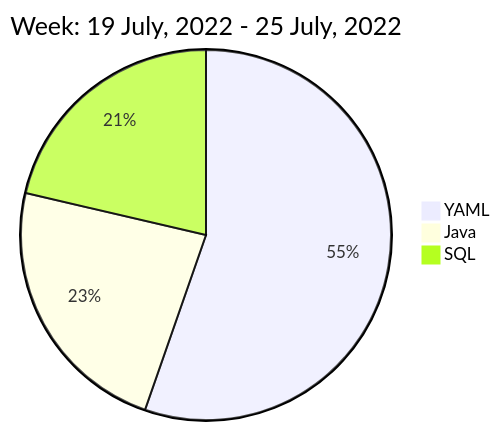
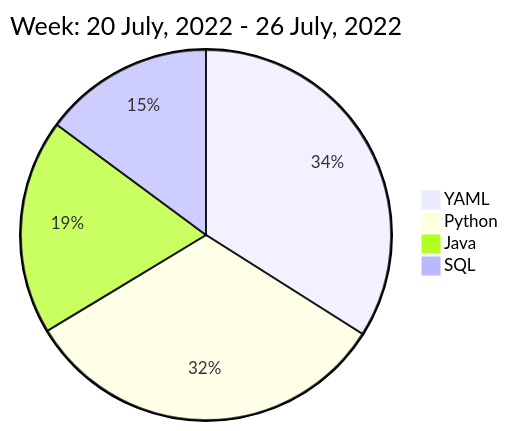
Before and after one commit to liubin95/liubin95: the diagram in README.md, drawn with Mermaid.

Commit message:
Updated the Graph with new Metrics

````diff
--- a/README.md
+++ b/README.md
@@ -40,7 +40,8 @@
 ```mermaid
  pie
-title Week: 19 July, 2022 - 25 July, 2022
- "YAML" : 2.85
- "Java" : 1.2
- "SQL" : 1.1
+title Week: 20 July, 2022 - 26 July, 2022
+ "YAML" : 3.2
+ "Python" : 3.05
+ "Java" : 1.77
+ "SQL" : 1.4
 ```
````
